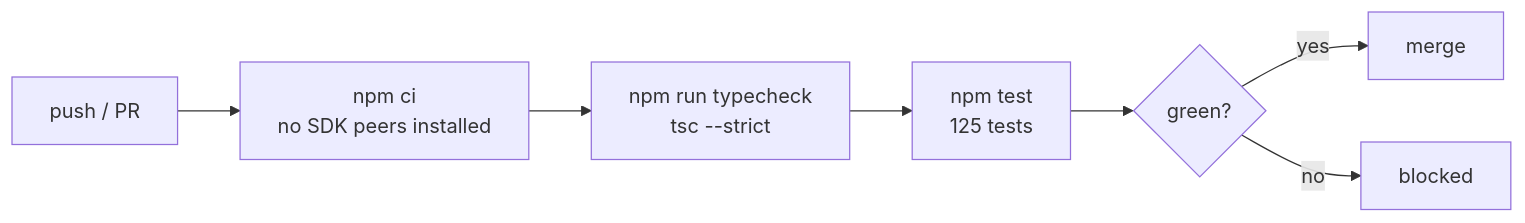
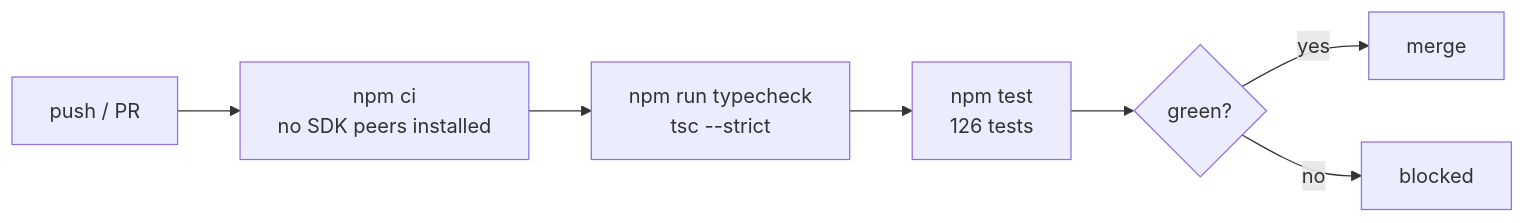
The fourth of 4 diagrams in README.md (Nitish-1303/cookbook-canary), drawn with Mermaid before and after one commit. The commit also changed other lines of this file, not shown here.

````diff
--- a/README.md
+++ b/README.md
@@ -783,9 +783,9 @@
 ```mermaid
 flowchart LR
   A["push / PR"] --> B["npm ci<br/>no SDK peers installed"]
   B --> C["npm run typecheck<br/>tsc --strict"]
-  C --> D["npm test<br/>125 tests"]
+  C --> D["npm test<br/>126 tests"]
   D --> E{"green?"}
   E -->|yes| F["merge"]
   E -->|no| G["blocked"]
 ```
````
